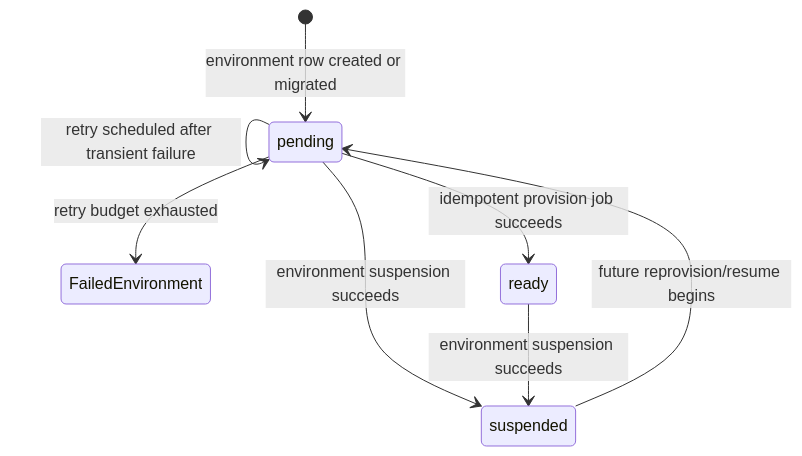
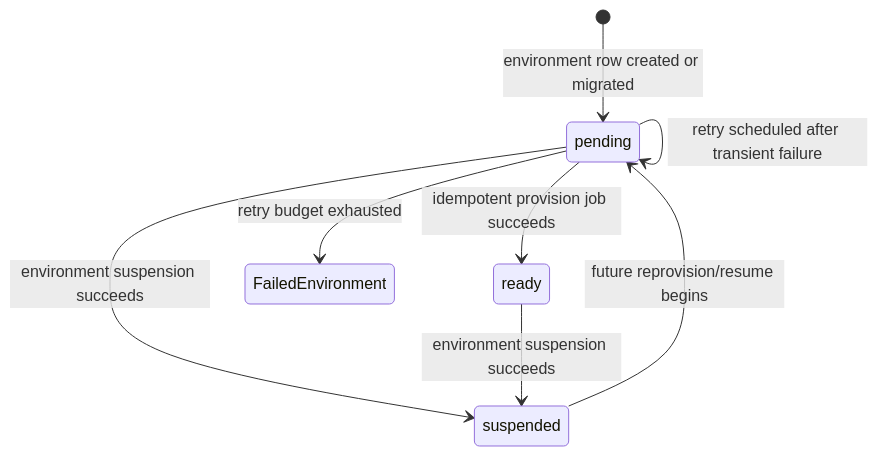
One commit to MyAvenCEO/avenOS changed the eighth of 9 diagrams in services/artifact-store/PER-CUSTOMER-ARCHITECTURE.md. Above: the diagram before and after it, drawn with Mermaid. The commit also changed other lines of this file and 3 other files, not shown here.

````diff
--- a/services/artifact-store/PER-CUSTOMER-ARCHITECTURE.md
+++ b/services/artifact-store/PER-CUSTOMER-ARCHITECTURE.md
@@ -544,11 +509,10 @@
 ```mermaid
 stateDiagram-v2
     [*] --> pending: environment row created or migrated
-    pending --> pending: no provisioner configuration
     pending --> ready: idempotent provision job succeeds
     pending --> pending: retry scheduled after transient failure
     pending --> suspended: environment suspension succeeds
     ready --> suspended: environment suspension succeeds
     suspended --> pending: future reprovision/resume begins
     pending --> FailedEnvironment: retry budget exhausted
 ```
````
